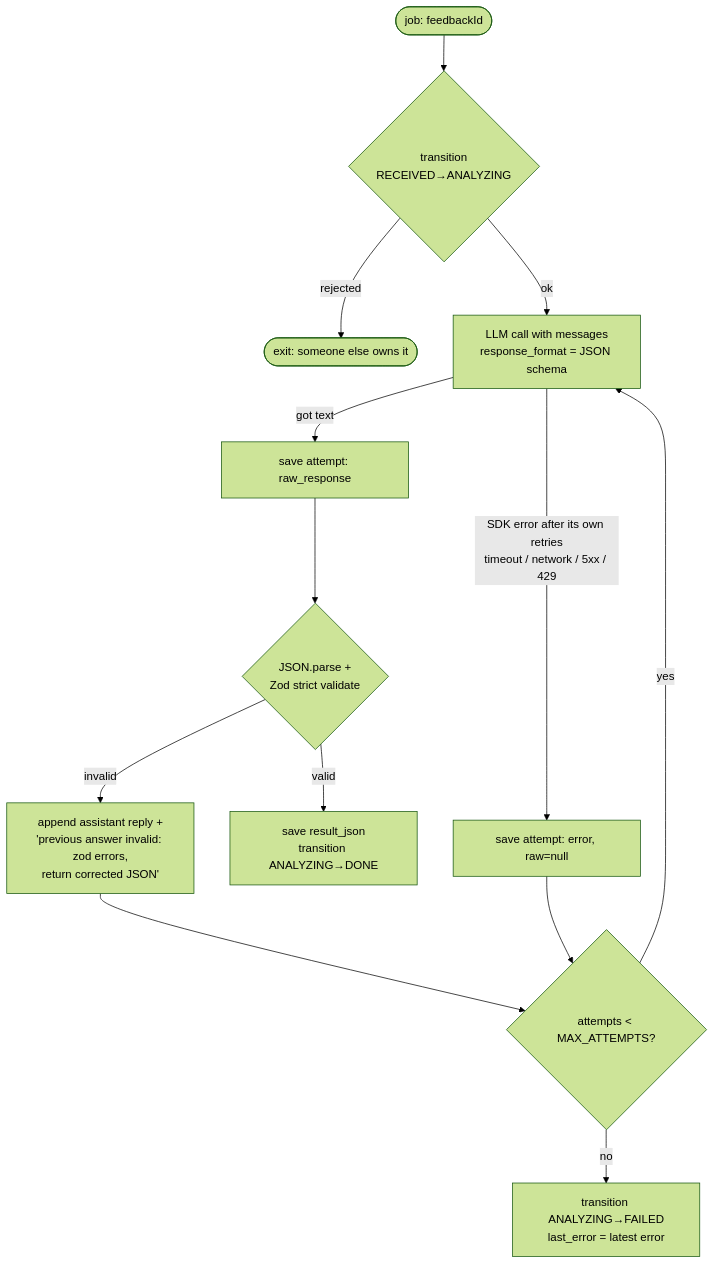
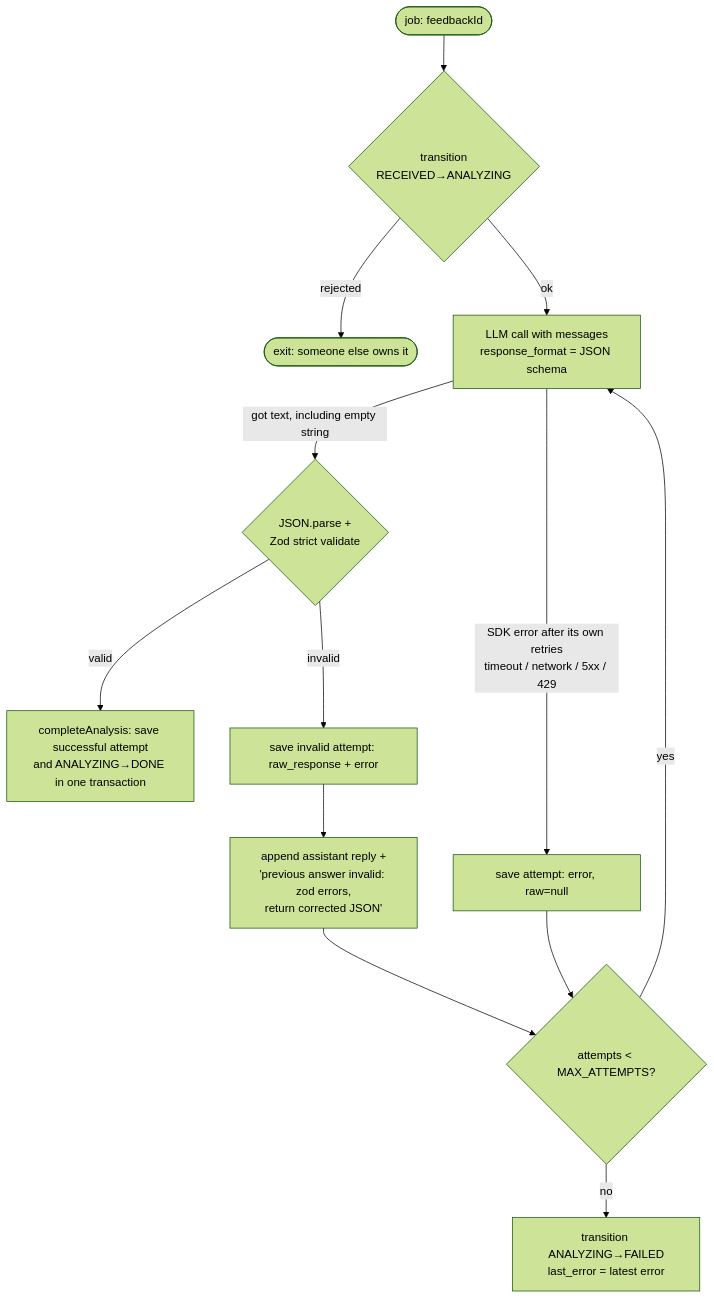
The fifth of 5 diagrams in docs/ARCHITECTURE.md (maormagori/fusion-home-task), drawn with Mermaid (forest theme) before and after one commit. The commit also changed other lines of this file and 7 other files, not shown here.

Commit message:
Fix empty model replies and atomic analysis completion

````diff
--- a/docs/ARCHITECTURE.md
+++ b/docs/ARCHITECTURE.md
@@ -126,15 +126,15 @@
 ```mermaid
 flowchart TD
     Start([job: feedbackId]) --> Claim{transition<br/>RECEIVED→ANALYZING}
     Claim -- rejected --> Skip([exit: someone else owns it])
     Claim -- ok --> Call[LLM call with messages<br/>response_format = JSON schema]
     Call -- SDK error after its own retries<br/>timeout / network / 5xx / 429 --> RecErr[save attempt: error, raw=null]
-    Call -- got text --> RecRaw[save attempt: raw_response]
-    RecRaw --> Parse{JSON.parse +<br/>Zod strict validate}
-    Parse -- valid --> Done[save result_json<br/>transition ANALYZING→DONE]
-    Parse -- invalid --> Correct[append assistant reply +<br/>'previous answer invalid: zod errors,<br/>return corrected JSON']
+    Call -- got text, including empty string --> Parse{JSON.parse +<br/>Zod strict validate}
+    Parse -- valid --> Done[completeAnalysis: save successful attempt<br/>and ANALYZING→DONE in one transaction]
+    Parse -- invalid --> RecRaw[save invalid attempt: raw_response + error]
+    RecRaw --> Correct[append assistant reply +<br/>'previous answer invalid: zod errors,<br/>return corrected JSON']
     Correct --> More{attempts < MAX_ATTEMPTS?}
     RecErr --> More
     More -- yes --> Call
     More -- no --> Fail[transition ANALYZING→FAILED<br/>last_error = latest error]
 ```
````
